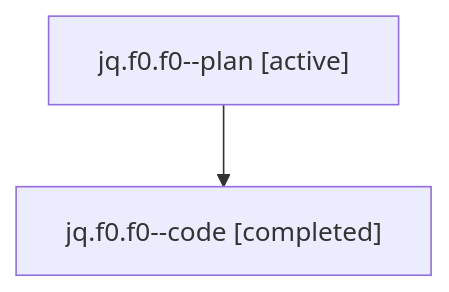
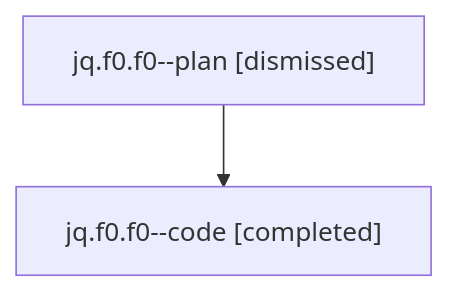
One commit to sase-org/sase--agents changed the diagram in sessions/bbugyi200.athena.jq.f0.f0.md. Above: the diagram before and after it, drawn with Mermaid. The commit also changed other lines of this file and 50 other files, not shown here.

````diff
--- a/sessions/bbugyi200.athena.jq.f0.f0.md
+++ b/sessions/bbugyi200.athena.jq.f0.f0.md
@@ -9,6 +9,6 @@
 ```mermaid
 flowchart TD
-  n0["jq.f0.f0--plan [active]"]
+  n0["jq.f0.f0--plan [dismissed]"]
   n1["jq.f0.f0--code [completed]"]
   n0 --> n1
 ```
````
